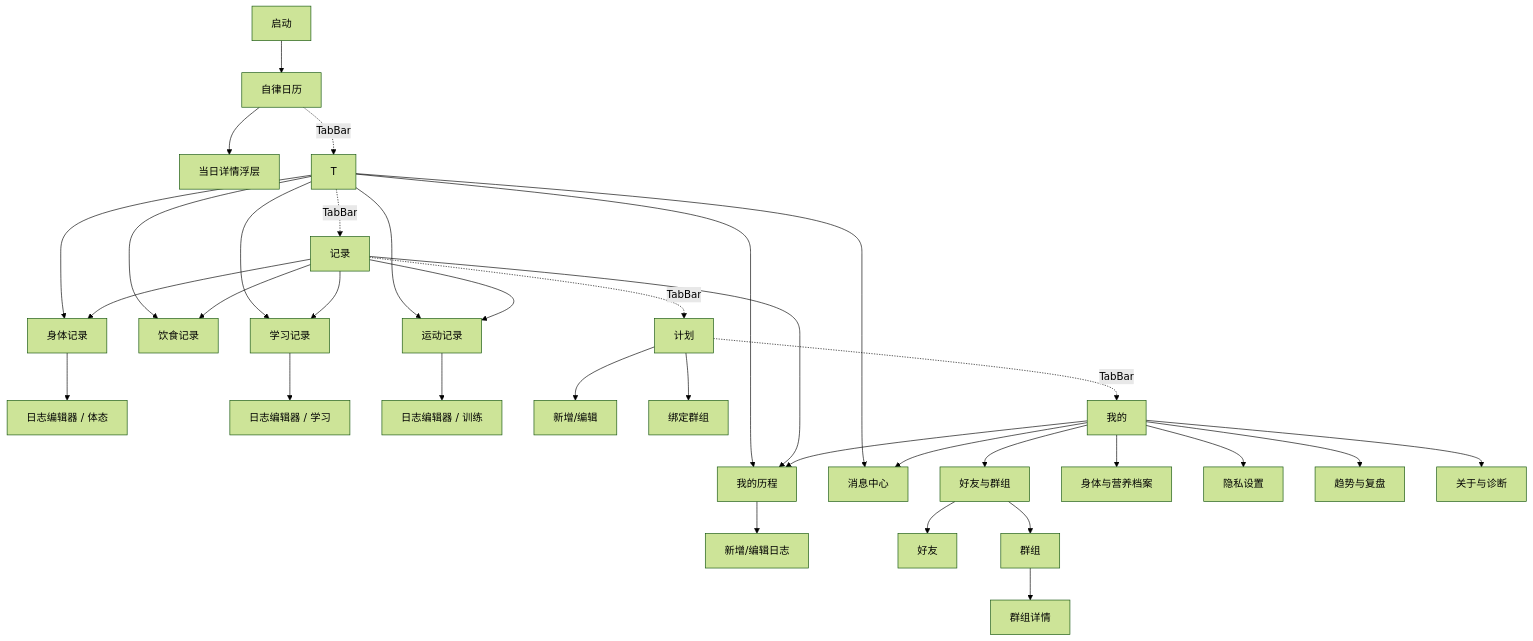
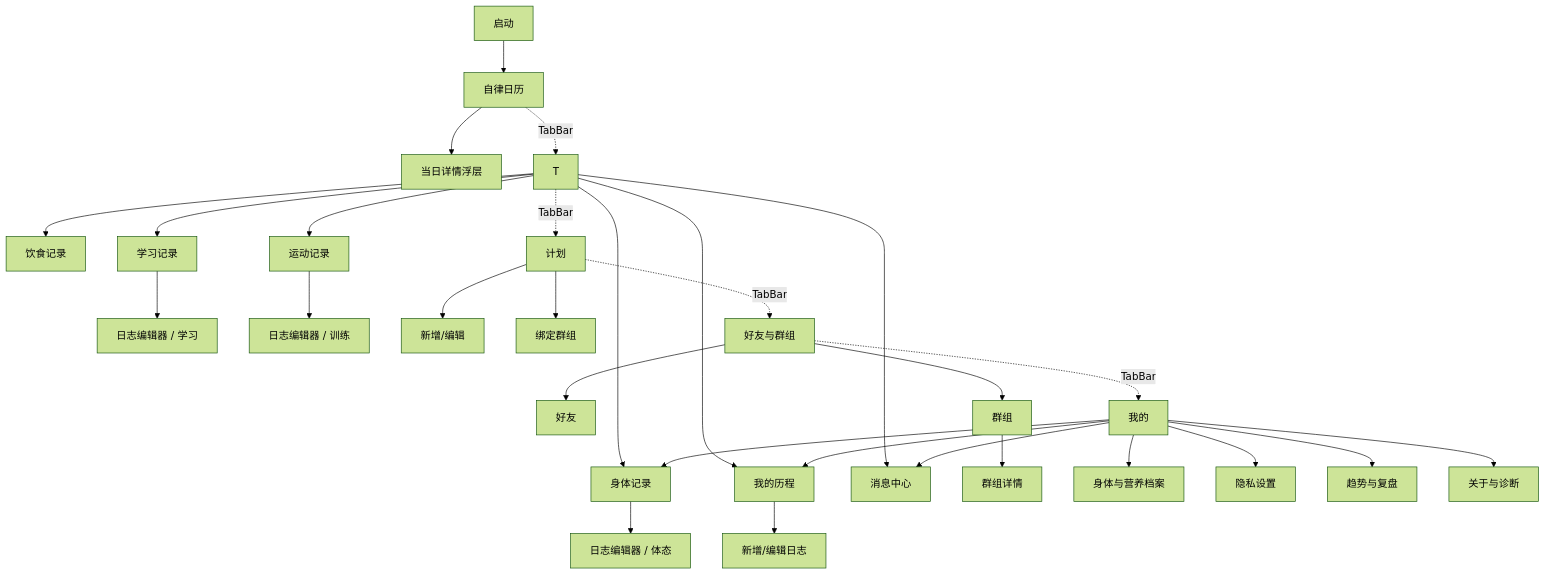
The diagram in docs/NAVIGATION.md (duohekaishui1127/zilv), drawn with Mermaid (forest theme) before and after one commit. The commit also changed other lines of this file and 59 other files, not shown here.

````diff
--- a/docs/NAVIGATION.md
+++ b/docs/NAVIGATION.md
@@ -3,42 +3,36 @@
 ```mermaid
 flowchart TD
     A[启动] --> CA[自律日历]
     CA --> CD[当日详情浮层]
     T --> B[身体记录]
     T --> F[饮食记录]
     T --> W[运动记录]
     T --> S[学习记录]
     T --> N[我的历程]
     T --> NT[消息中心]
-
-    R[记录] --> N
-    R --> B
-    R --> F
-    R --> W
-    R --> S
 
     B --> NE[日志编辑器 / 体态]
     S --> NE2[日志编辑器 / 学习]
     W --> NE3[日志编辑器 / 训练]
     N --> NE4[新增/编辑日志]
 
     P[计划] --> PE[新增/编辑]
     P --> PB[绑定群组]
 
     C[好友与群组] --> CF[好友]
     C --> CG[群组]
     CG --> GD[群组详情]
 
     M[我的] --> MP[身体与营养档案]
-    M --> C
+    M --> B
     M --> PR[隐私设置]
     M --> N
     M --> WR[趋势与复盘]
     M --> NT
     M --> AB[关于与诊断]
 
     CA -.TabBar.-> T
-    T -.TabBar.-> R
-    R -.TabBar.-> P
-    P -.TabBar.-> M
+    T -.TabBar.-> P
+    P -.TabBar.-> C
+    C -.TabBar.-> M
 ```
````
